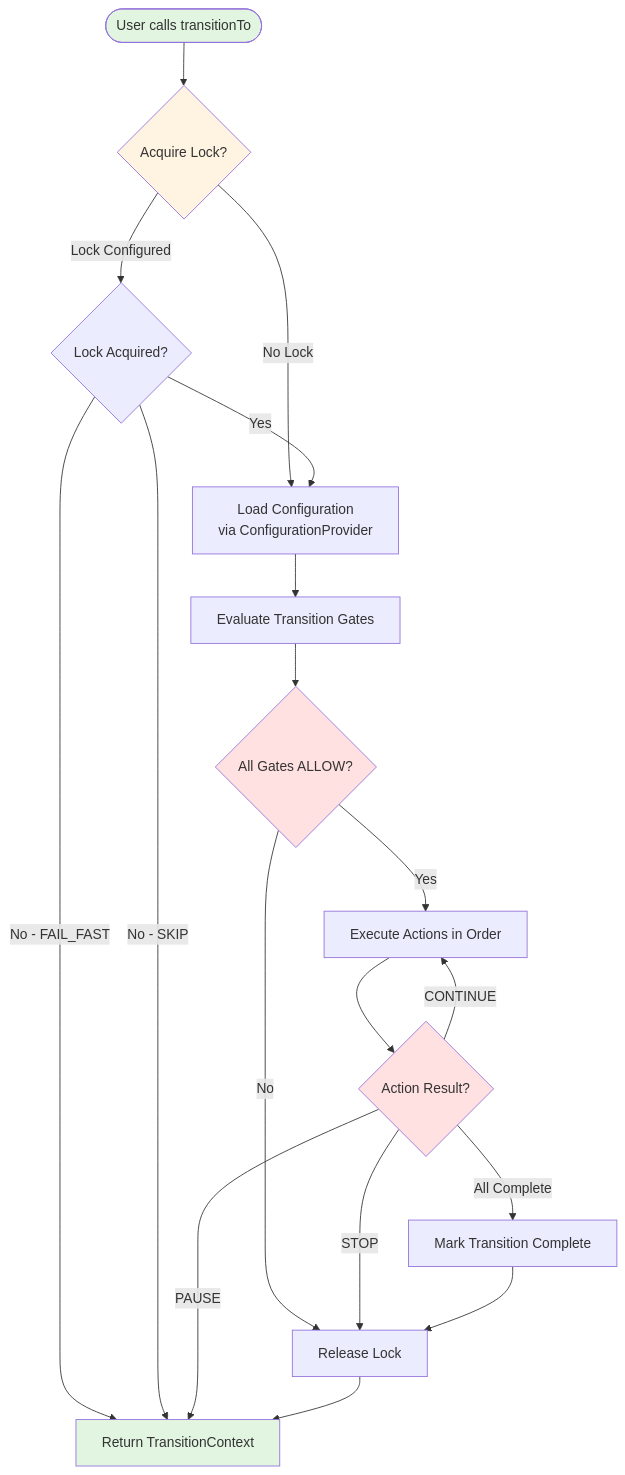
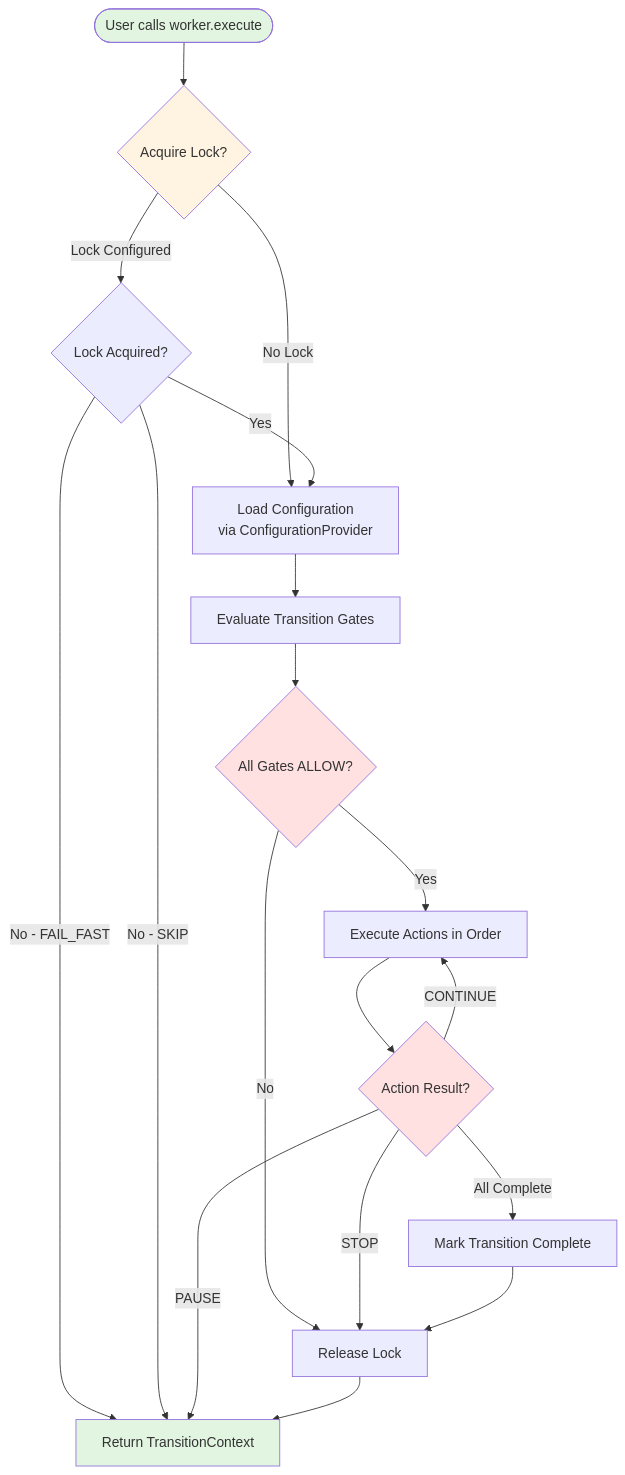
Before and after one commit to benrowe/stateflow: the first of 11 diagrams in docs/diagrams.md, drawn with Mermaid. The commit also changed other lines of this file and 1 other file, not shown here.

Commit message:
Fix diagrams to use new worker

````diff
--- a/docs/diagrams.md
+++ b/docs/diagrams.md
@@ -20,41 +20,41 @@
 ```mermaid
 graph TD
-    Start([User calls transitionTo])
+    Start([User calls worker.execute])
     AcquireLock{Acquire Lock?}
     LockSuccess{Lock Acquired?}
     LoadConfig[Load Configuration<br/>via ConfigurationProvider]
     EvalGates[Evaluate Transition Gates]
     GatesPassed{All Gates ALLOW?}
     ExecActions[Execute Actions in Order]
     ActionResult{Action Result?}
     MarkComplete[Mark Transition Complete]
     ReleaseLock[Release Lock]
     ReturnContext[Return TransitionContext]
 
     Start --> AcquireLock
     AcquireLock -->|Lock Configured| LockSuccess
     AcquireLock -->|No Lock| LoadConfig
     LockSuccess -->|Yes| LoadConfig
     LockSuccess -->|No - FAIL_FAST| ReturnContext
     LockSuccess -->|No - SKIP| ReturnContext
 
     LoadConfig --> EvalGates
     EvalGates --> GatesPassed
     GatesPassed -->|Yes| ExecActions
     GatesPassed -->|No| ReleaseLock
 
     ExecActions --> ActionResult
     ActionResult -->|CONTINUE| ExecActions
     ActionResult -->|PAUSE| ReturnContext
     ActionResult -->|STOP| ReleaseLock
     ActionResult -->|All Complete| MarkComplete
 
     MarkComplete --> ReleaseLock
     ReleaseLock --> ReturnContext
 
     style Start fill:#e1f5e1
     style ReturnContext fill:#e1f5e1
     style AcquireLock fill:#fff4e1
     style GatesPassed fill:#ffe1e1
     style ActionResult fill:#ffe1e1
 ```
````
